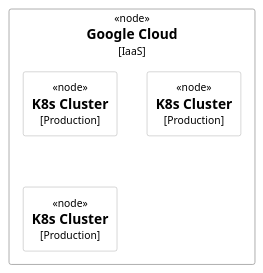
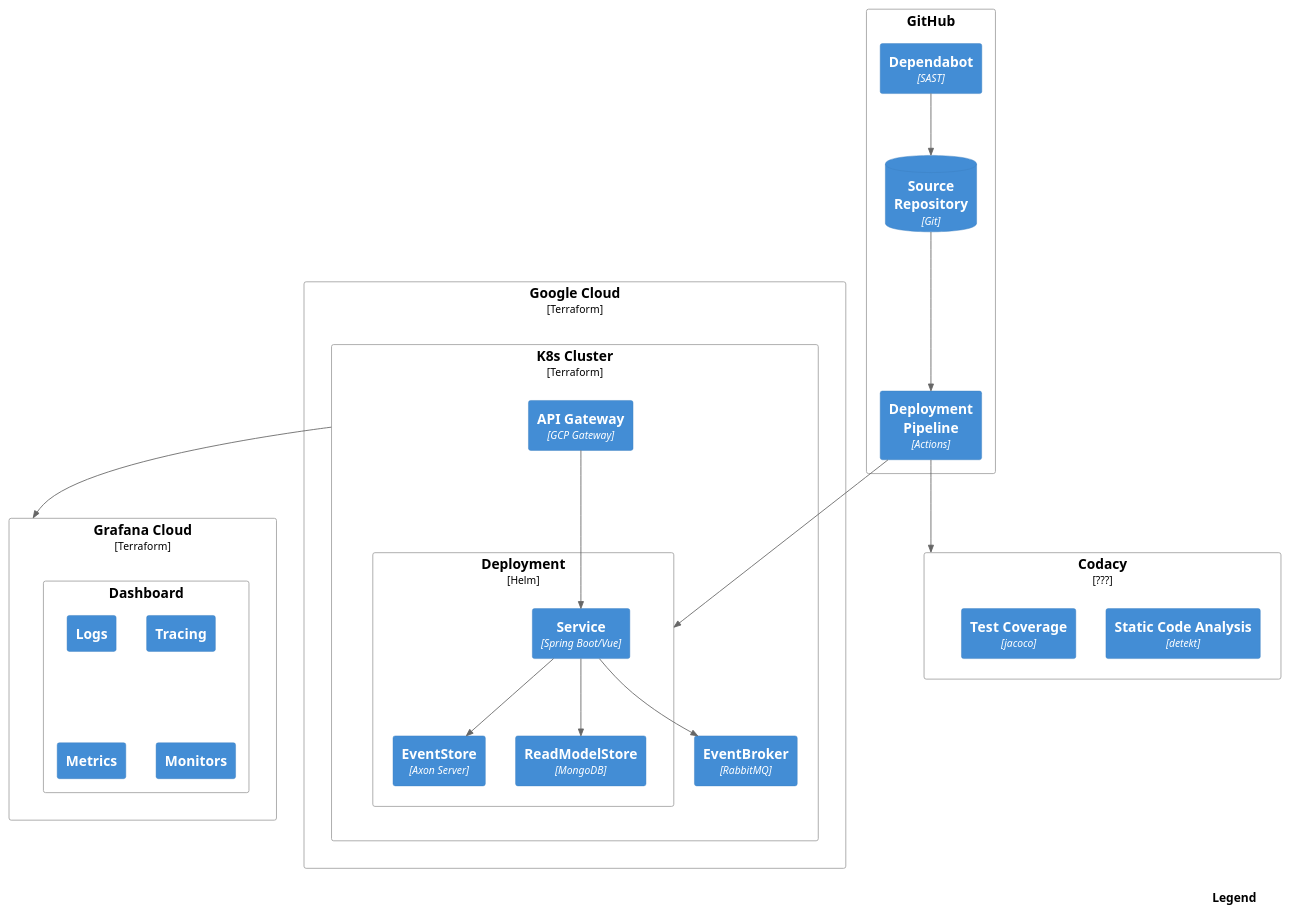
Before and after one commit to fidildev/fettle-cli: the diagram in doc/diagrams/deployment.puml, drawn with PlantUML. The commit also changed 2 other files, not shown here.

Commit message:
Add deployment diagram

```diff
--- a/doc/diagrams/deployment.puml
+++ b/doc/diagrams/deployment.puml
@@ -1,10 +1,47 @@
 @startuml
 !include https://raw.githubusercontent.com/plantuml-stdlib/C4-PlantUML/master/C4_Deployment.puml
 
-Deployment_Node(gcp, "Google Cloud", "IaaS") {
-    Deployment_Node(prod, "K8s Cluster", "Production")
-    Deployment_Node(test, "K8s Cluster", "Production")
-    Deployment_Node(dev, "K8s Cluster", "Production")
+SHOW_LEGEND()
+
+Node(gcp, "Google Cloud", "Terraform") {
+    Node(k8s, "K8s Cluster", "Terraform") {
+      Container(eventBroker, "EventBroker", "RabbitMQ")
+      Container(gateway, "API Gateway", "GCP Gateway")
+      Deployment_Node(deployment, "Deployment", "Helm") {
+        Container(service, "Service", "Spring Boot/Vue")
+        Container(eventStore, "EventStore", "Axon Server")
+        Container(readModel, "ReadModelStore", "MongoDB")
+      }
+    }
 }
 
+Node(codacy, "Codacy", "???") {
+    Container(static, "Static Code Analysis", detekt)
+    Container(coverage, "Test Coverage", jacoco)
+}
+
+Node(grafana, "Grafana Cloud", "Terraform") {
+  Node(dashboard, "Dashboard",) {
+    Container(logs, "Logs",)
+    Container(trace, "Tracing",)
+    Container(metrics, "Metrics",)
+    Container(monitors, "Monitors",)
+  }
+}
+
+Node(gh, "GitHub", "") {
+    Container(pipelines, "Deployment \nPipeline", "Actions")
+    Container(dependabot, "Dependabot", "SAST")
+    ContainerDb(repos, "Source \nRepository", "Git")
+}
+
+Rel(gateway, service,)
+Rel(service, eventBroker,)
+Rel(service, eventStore,)
+Rel(service, readModel,)
+Rel(repos, pipelines,)
+Rel(dependabot, repos,)
+Rel(pipelines, codacy,)
+Rel(pipelines, deployment,)
+Rel(k8s, grafana,)
 @enduml
```
